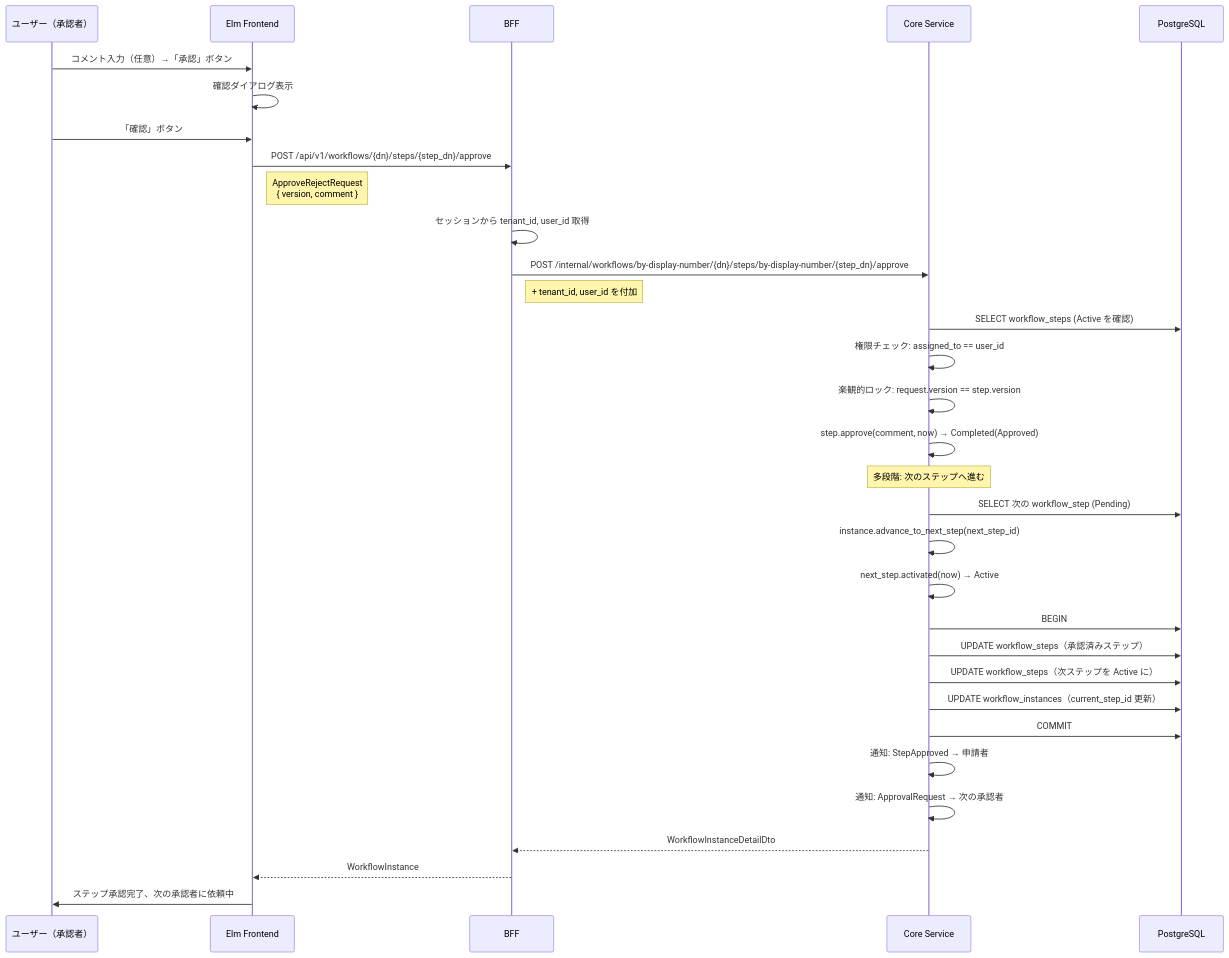
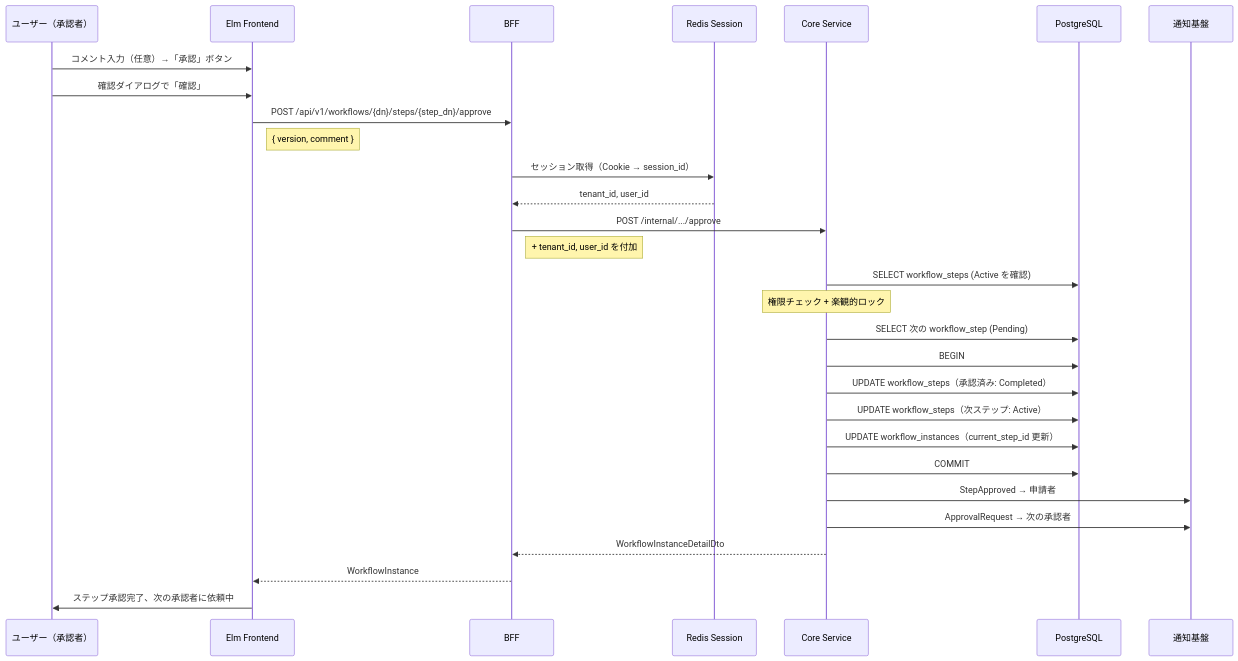
The first of 6 diagrams in docs/90_実装解説/ワークフロー/02_承認・却下フロー.md (ka2kama/ringiflow), drawn with Mermaid before and after one commit. The commit also changed other lines of this file and 1 other file, not shown here.

First line of the commit message:
#1128 Improve sequence diagrams: explicit participants, internal flow

````diff
--- a/docs/90_実装解説/ワークフロー/02_承認・却下フロー.md
+++ b/docs/90_実装解説/ワークフロー/02_承認・却下フロー.md
@@ -14,40 +14,36 @@
 ```mermaid
 sequenceDiagram
     participant U as ユーザー（承認者）
     participant Elm as Elm Frontend
     participant BFF as BFF
+    participant Redis as Redis Session
     participant Core as Core Service
     participant DB as PostgreSQL
+    participant Notify as 通知基盤
 
     U->>Elm: コメント入力（任意）→「承認」ボタン
-    Elm->>Elm: 確認ダイアログ表示
-    U->>Elm: 「確認」ボタン
+    U->>Elm: 確認ダイアログで「確認」
 
     Elm->>BFF: POST /api/v1/workflows/{dn}/steps/{step_dn}/approve
-    Note right of Elm: ApproveRejectRequest<br/>{ version, comment }
-    BFF->>BFF: セッションから tenant_id, user_id 取得
-    BFF->>Core: POST /internal/workflows/by-display-number/{dn}/steps/by-display-number/{step_dn}/approve
+    Note right of Elm: { version, comment }
+    BFF->>Redis: セッション取得（Cookie → session_id）
+    Redis-->>BFF: tenant_id, user_id
+    BFF->>Core: POST /internal/.../approve
     Note right of BFF: + tenant_id, user_id を付加
 
     Core->>DB: SELECT workflow_steps (Active を確認)
-    Core->>Core: 権限チェック: assigned_to == user_id
-    Core->>Core: 楽観的ロック: request.version == step.version
-    Core->>Core: step.approve(comment, now) → Completed(Approved)
-
-    Note over Core: 多段階: 次のステップへ進む
+    Note over Core: 権限チェック + 楽観的ロック
     Core->>DB: SELECT 次の workflow_step (Pending)
-    Core->>Core: instance.advance_to_next_step(next_step_id)
-    Core->>Core: next_step.activated(now) → Active
 
     Core->>DB: BEGIN
-    Core->>DB: UPDATE workflow_steps（承認済みステップ）
-    Core->>DB: UPDATE workflow_steps（次ステップを Active に）
+    Core->>DB: UPDATE workflow_steps（承認済み: Completed）
+    Core->>DB: UPDATE workflow_steps（次ステップ: Active）
     Core->>DB: UPDATE workflow_instances（current_step_id 更新）
     Core->>DB: COMMIT
 
-    Core->>Core: 通知: StepApproved → 申請者
-    Core->>Core: 通知: ApprovalRequest → 次の承認者
+    Core->>Notify: StepApproved → 申請者
+    Core->>Notify: ApprovalRequest → 次の承認者
     Core-->>BFF: WorkflowInstanceDetailDto
     BFF-->>Elm: WorkflowInstance
     Elm->>U: ステップ承認完了、次の承認者に依頼中
 ```
````
